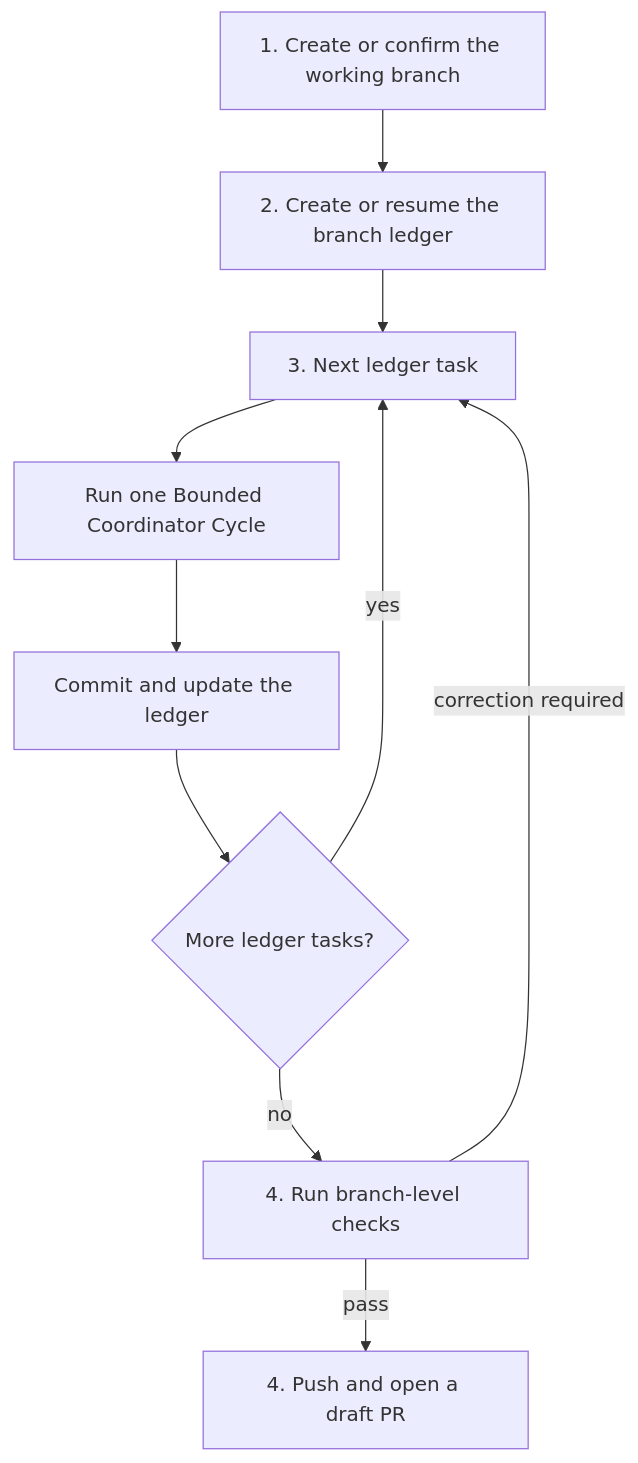
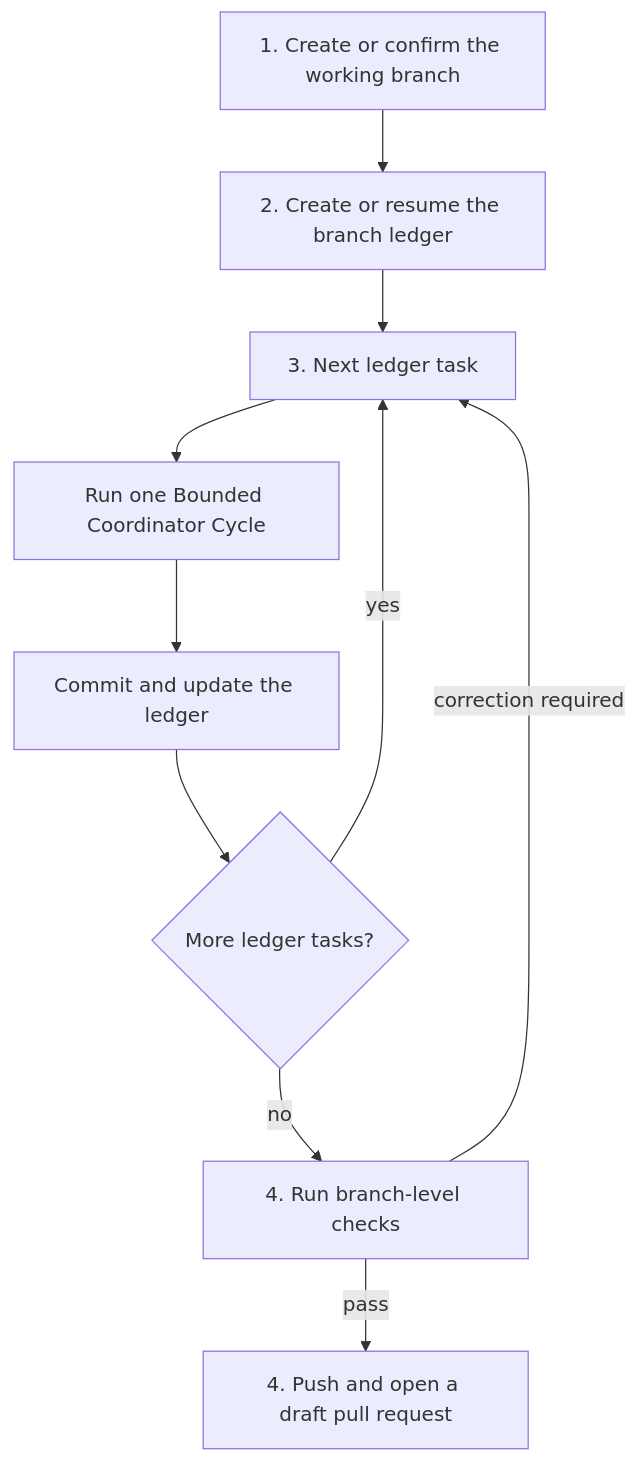
The third of 4 diagrams in plugins/workflow/skills/coordinator/references/implementation-flow.md (filipgutica/filip-stack), drawn with Mermaid before and after one commit. The commit also changed other lines of this file and 16 other files, not shown here.

````diff
--- a/plugins/workflow/skills/coordinator/references/implementation-flow.md
+++ b/plugins/workflow/skills/coordinator/references/implementation-flow.md
@@ -61,12 +61,12 @@
 ```mermaid
 flowchart TD
     Branch["1. Create or confirm the working branch"] --> Ledger["2. Create or resume the branch ledger"]
     Ledger --> Task["3. Next ledger task"]
     Task --> Cycle["Run one Bounded Coordinator Cycle"]
     Cycle --> Commit["Commit and update the ledger"]
     Commit --> Remaining{"More ledger tasks?"}
     Remaining -->|yes| Task
     Remaining -->|no| Checks["4. Run branch-level checks"]
     Checks -->|correction required| Task
-    Checks -->|pass| Publish["4. Push and open a draft PR"]
+    Checks -->|pass| Publish["4. Push and open a draft pull request"]
 ```
````
